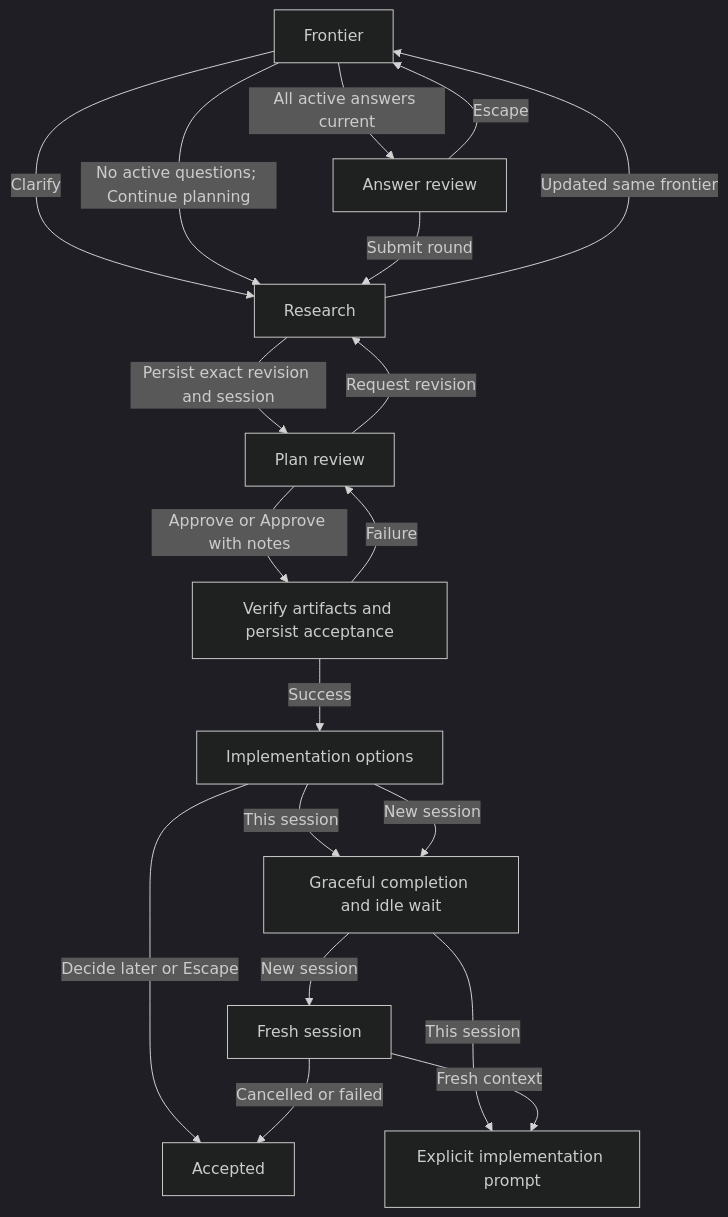
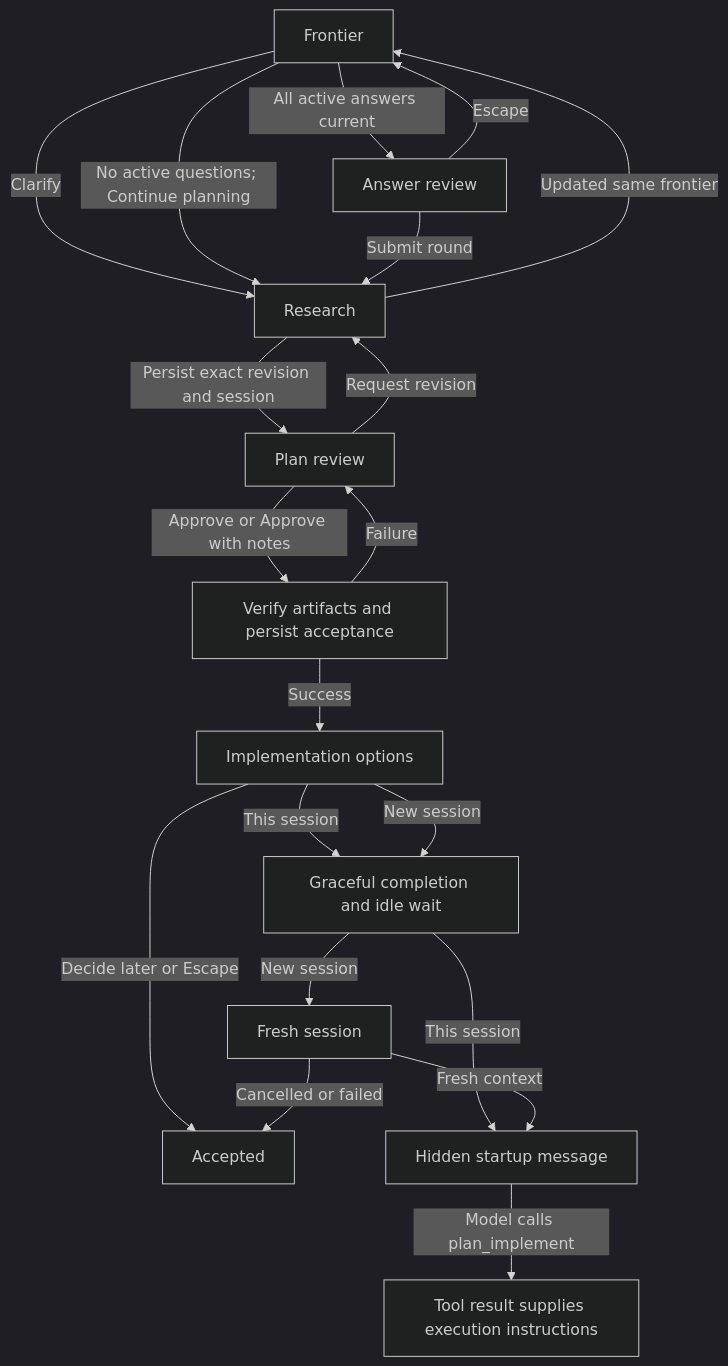
Before and after one commit to kvnxiao/orbis: the first of 3 diagrams in packages/plan/docs/tui-interactions.md, drawn with Mermaid (dark theme). The commit also changed other lines of this file and 17 other files, not shown here.

Commit message:
fix(plan): make implementation launches resumable and idempotent

````diff
--- a/packages/plan/docs/tui-interactions.md
+++ b/packages/plan/docs/tui-interactions.md
@@ -254,21 +264,22 @@
 ```mermaid
 flowchart TD
   Frontier -->|Clarify| Research
   Research -->|Updated same frontier| Frontier
   Frontier -->|All active answers current| Answers[Answer review]
   Frontier -->|No active questions; Continue planning| Research
   Answers -->|Escape| Frontier
   Answers -->|Submit round| Research
   Research -->|Persist exact revision and session| Review[Plan review]
   Review -->|Request revision| Research
   Review -->|Approve or Approve with notes| Save[Verify artifacts and persist acceptance]
   Save -->|Failure| Review
   Save -->|Success| Options[Implementation options]
   Options -->|Decide later or Escape| Accepted
   Options -->|This session| Idle[Graceful completion and idle wait]
   Options -->|New session| Idle
-  Idle -->|This session| Implement[Explicit implementation prompt]
+  Idle -->|This session| Startup[Hidden startup message]
   Idle -->|New session| Replace[Fresh session]
-  Replace -->|Fresh context| Implement
+  Replace -->|Fresh context| Startup
+  Startup -->|Model calls plan_implement| Implement[Tool result supplies execution instructions]
   Replace -->|Cancelled or failed| Accepted
 ```
````
